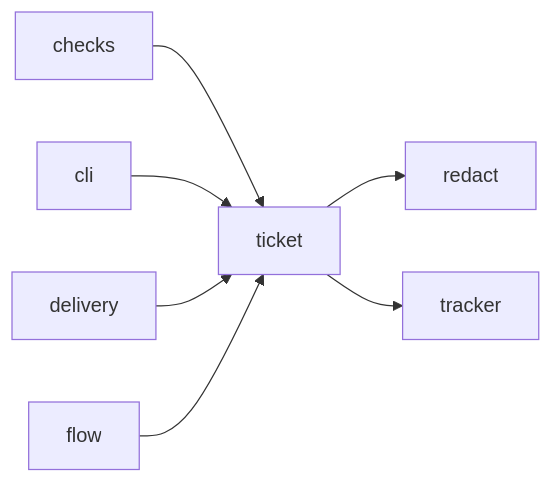
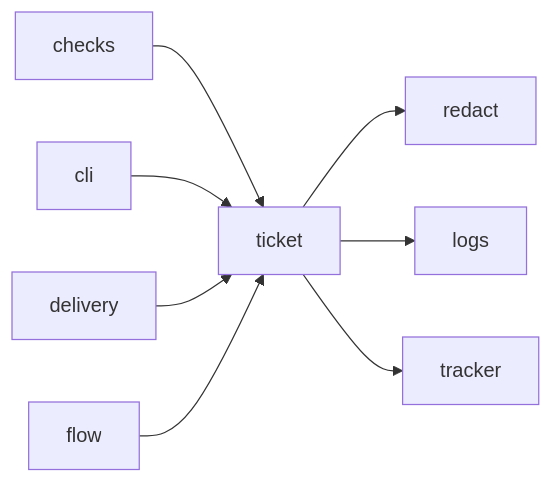
Before and after one commit to plaplanche/ariane: the diagram in docs/architecture/modules/ticket.md, drawn with Mermaid. The commit also changed 22 other files, not shown here.

````diff
--- a/docs/architecture/modules/ticket.md
+++ b/docs/architecture/modules/ticket.md
@@ -17,9 +17,10 @@
 ```mermaid
 flowchart LR
   ticket --> redact
+  ticket --> logs
   ticket --> tracker
   checks --> ticket
   cli --> ticket
   delivery --> ticket
   flow --> ticket
 ```
````
